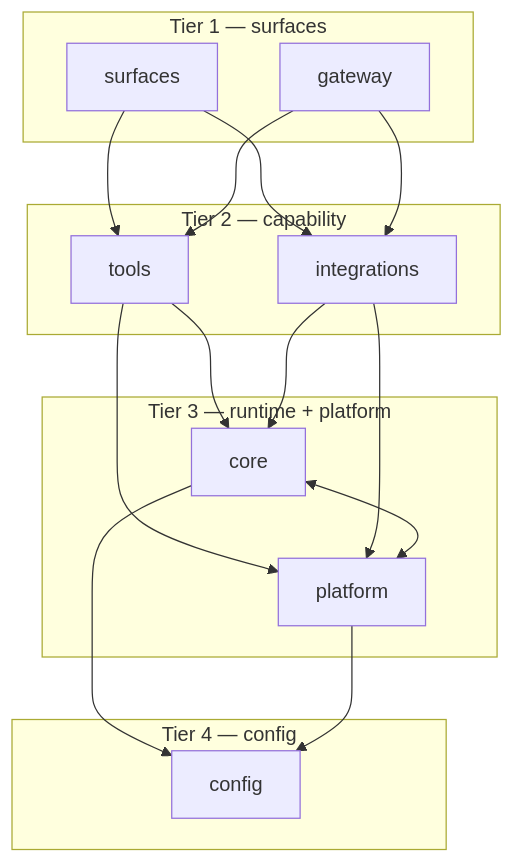
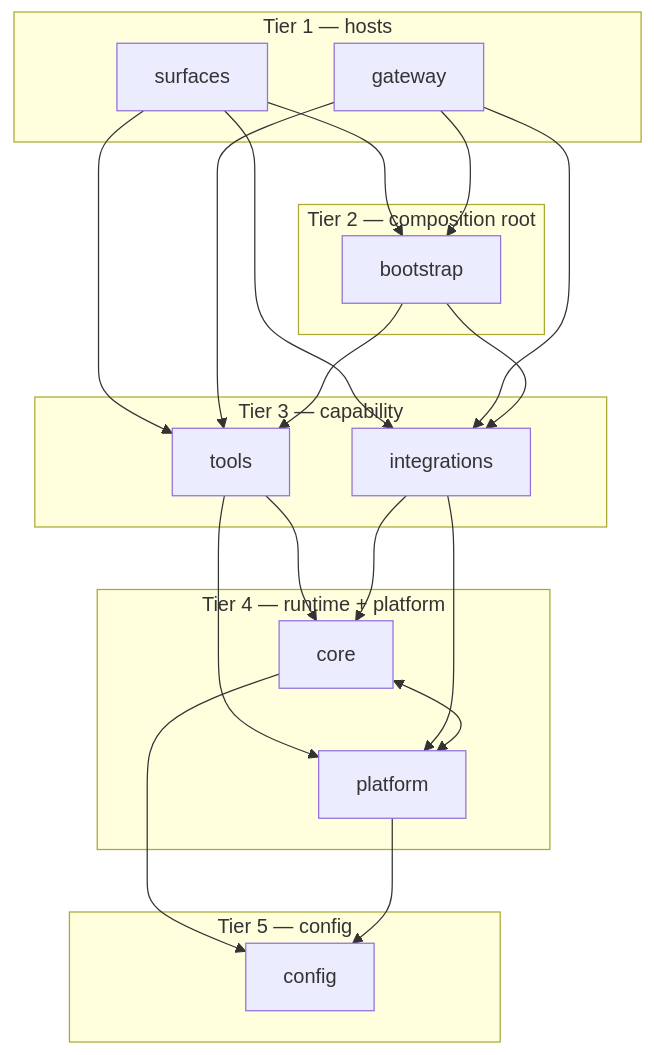
The first of 3 diagrams in docs/ARCHITECTURE.md (Tracer-Cloud/open-sre-agent), drawn with Mermaid before and after one commit. The commit also changed other lines of this file and 43 other files, not shown here.

````diff
--- a/docs/ARCHITECTURE.md
+++ b/docs/ARCHITECTURE.md
@@ -26,33 +27,40 @@
 ```mermaid
 flowchart TD
-    subgraph T1["Tier 1 — surfaces"]
+    subgraph T1["Tier 1 — hosts"]
         SURFACES[surfaces]
         GATEWAY[gateway]
     end
-    subgraph T2["Tier 2 — capability"]
+    subgraph T2["Tier 2 — composition root"]
+        BOOT[bootstrap]
+    end
+    subgraph T3["Tier 3 — capability"]
         TOOLS[tools]
         INTEGRATIONS[integrations]
     end
-    subgraph T3["Tier 3 — runtime + platform"]
+    subgraph T4["Tier 4 — runtime + platform"]
         CORE[core]
         PLATFORM[platform]
     end
-    subgraph T4["Tier 4 — config"]
+    subgraph T5["Tier 5 — config"]
         CONFIG[config]
     end
 
+    SURFACES --> BOOT
+    GATEWAY --> BOOT
     SURFACES --> TOOLS
     SURFACES --> INTEGRATIONS
     GATEWAY --> TOOLS
     GATEWAY --> INTEGRATIONS
+    BOOT --> TOOLS
+    BOOT --> INTEGRATIONS
 
     TOOLS --> CORE
     TOOLS --> PLATFORM
     INTEGRATIONS --> CORE
     INTEGRATIONS --> PLATFORM
 
     CORE <--> PLATFORM
 
     CORE --> CONFIG
     PLATFORM --> CONFIG
 ```
````
